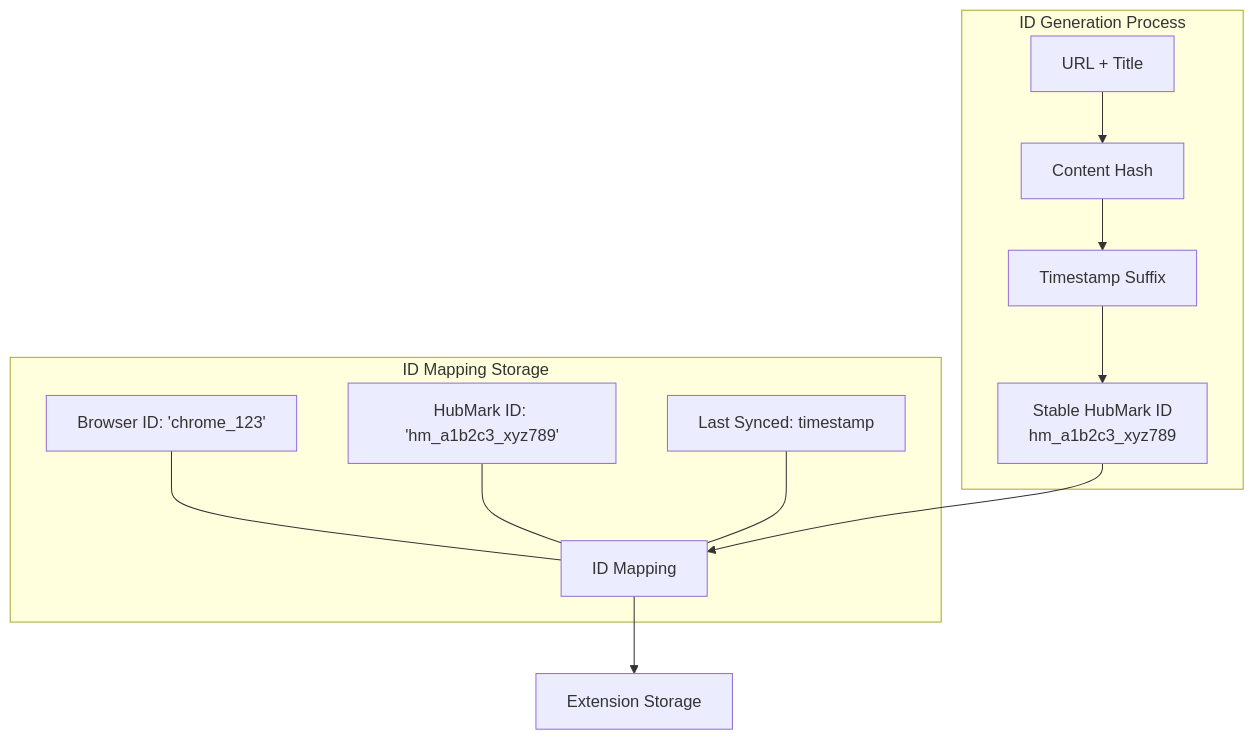
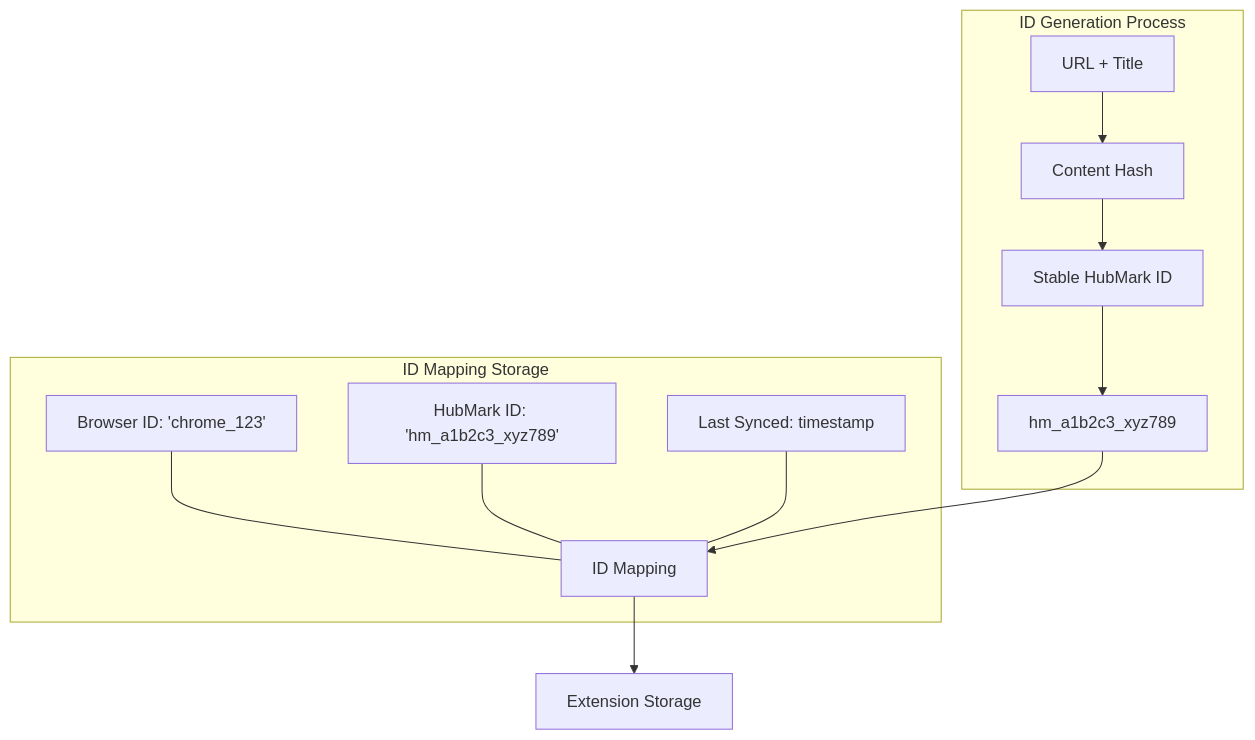
One commit to danlourenco/hubmarks changed the fifth of 14 diagrams in docs/data-flow.md. Above: the diagram before and after it, drawn with Mermaid. The commit also changed other lines of this file and 5 other files, not shown here.

First line of the commit message:
docs: update all documentation for JSON-first architecture

````diff
--- a/docs/data-flow.md
+++ b/docs/data-flow.md
@@ -134,21 +159,21 @@
 ```mermaid
 graph TB
     subgraph "ID Generation Process"
         A[URL + Title] --> B[Content Hash]
-        B --> C[Timestamp Suffix]
-        C --> D["Stable HubMark ID<br/>hm_a1b2c3_xyz789"]
+        B --> C[Stable HubMark ID]
+        C --> D["hm_a1b2c3_xyz789"]
     end
     
     subgraph "ID Mapping Storage"
         E[Browser ID: 'chrome_123']
         F[HubMark ID: 'hm_a1b2c3_xyz789']
         G[Last Synced: timestamp]
         
         E --- H[ID Mapping]
         F --- H
         G --- H
     end
     
     D --> H
     H --> I[Extension Storage]
 ```
````
